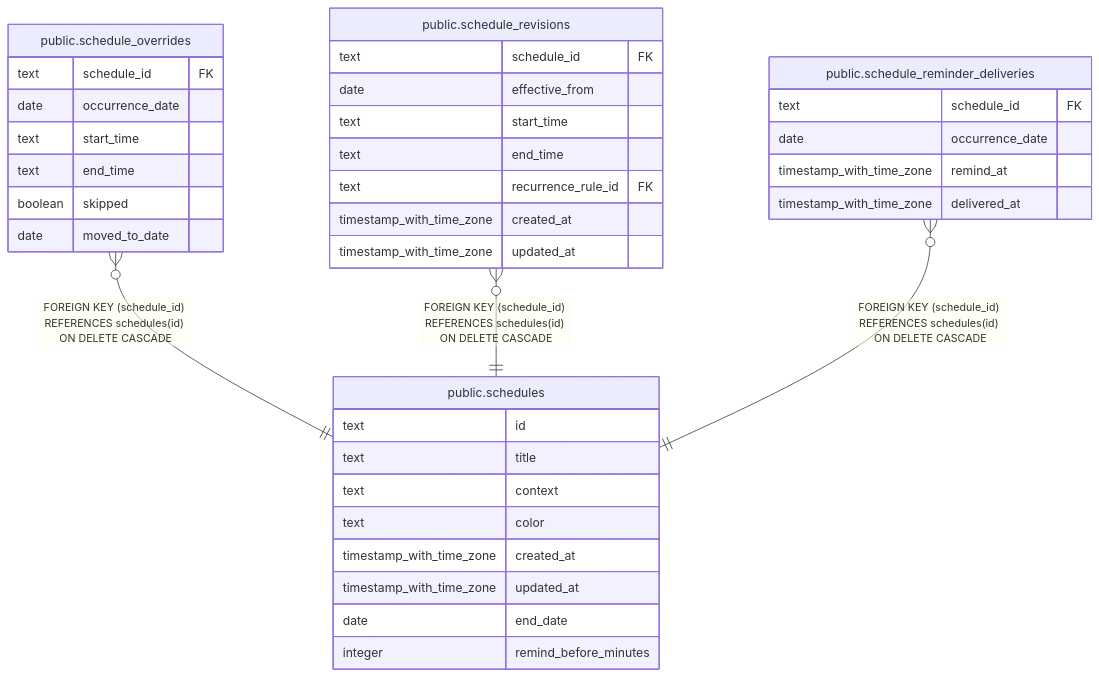
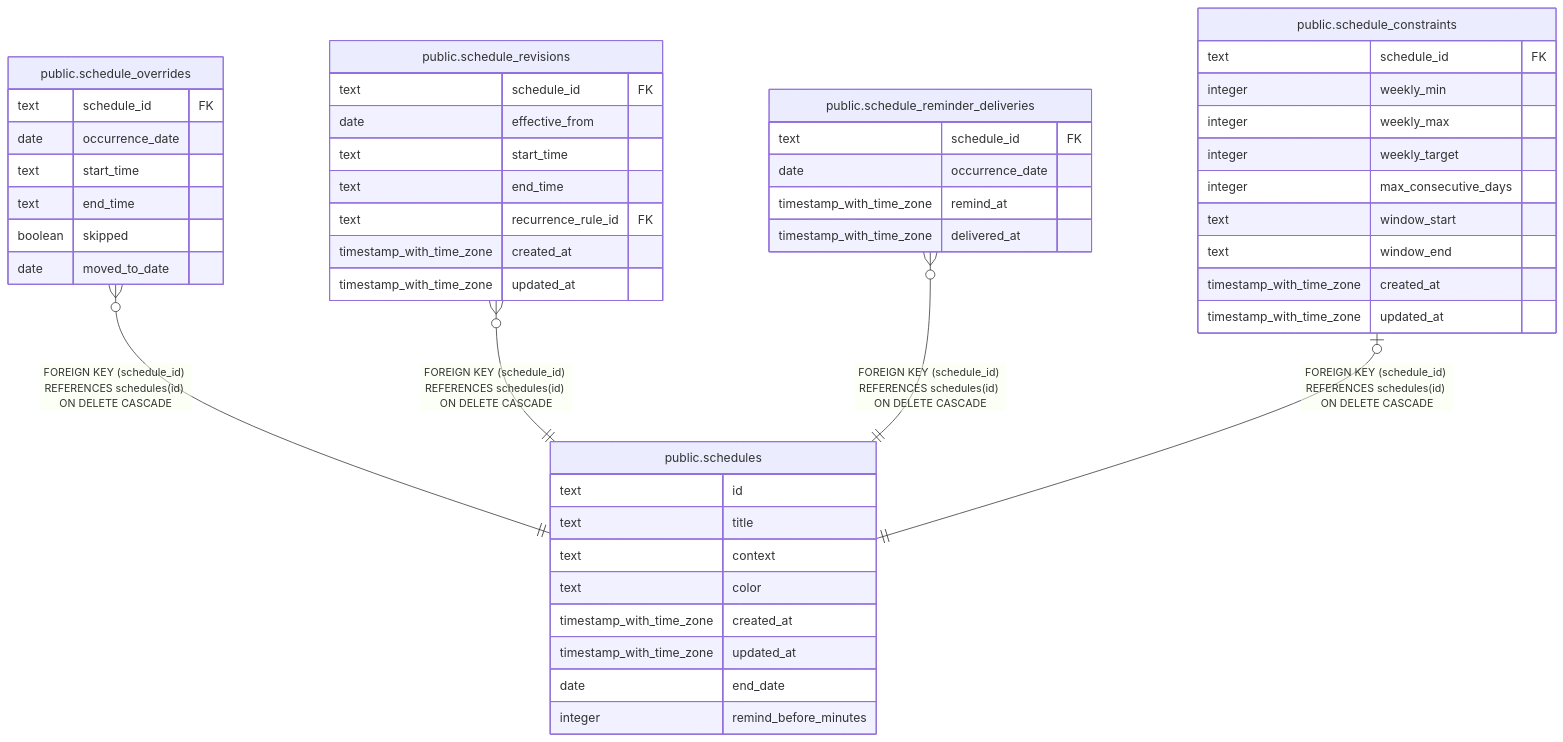
One commit to fohte/tq changed the diagram in api/docs/db/public.schedules.md. Above: the diagram before and after it, drawn with Mermaid. The commit also changed other lines of this file and 10 other files, not shown here.

````diff
--- a/api/docs/db/public.schedules.md
+++ b/api/docs/db/public.schedules.md
@@ -41,41 +41,53 @@
 ```mermaid
 erDiagram
 
 "public.schedule_overrides" }o--|| "public.schedules" : "FOREIGN KEY (schedule_id) REFERENCES schedules(id) ON DELETE CASCADE"
 "public.schedule_revisions" }o--|| "public.schedules" : "FOREIGN KEY (schedule_id) REFERENCES schedules(id) ON DELETE CASCADE"
 "public.schedule_reminder_deliveries" }o--|| "public.schedules" : "FOREIGN KEY (schedule_id) REFERENCES schedules(id) ON DELETE CASCADE"
+"public.schedule_constraints" |o--|| "public.schedules" : "FOREIGN KEY (schedule_id) REFERENCES schedules(id) ON DELETE CASCADE"
 
 "public.schedules" {
   text id
   text title
   text context
   text color
   timestamp_with_time_zone created_at
   timestamp_with_time_zone updated_at
   date end_date
   integer remind_before_minutes
 }
 "public.schedule_overrides" {
   text schedule_id FK
   date occurrence_date
   text start_time
   text end_time
   boolean skipped
   date moved_to_date
 }
 "public.schedule_revisions" {
   text schedule_id FK
   date effective_from
   text start_time
   text end_time
   text recurrence_rule_id FK
   timestamp_with_time_zone created_at
   timestamp_with_time_zone updated_at
 }
 "public.schedule_reminder_deliveries" {
   text schedule_id FK
   date occurrence_date
   timestamp_with_time_zone remind_at
   timestamp_with_time_zone delivered_at
 }
+"public.schedule_constraints" {
+  text schedule_id FK
+  integer weekly_min
+  integer weekly_max
+  integer weekly_target
+  integer max_consecutive_days
+  text window_start
+  text window_end
+  timestamp_with_time_zone created_at
+  timestamp_with_time_zone updated_at
+}
 ```
````
